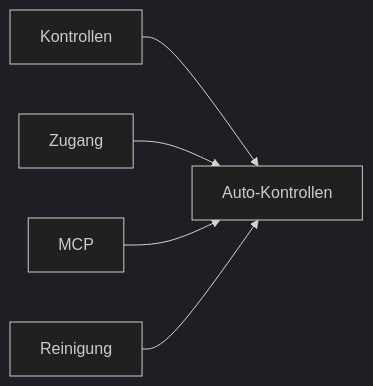
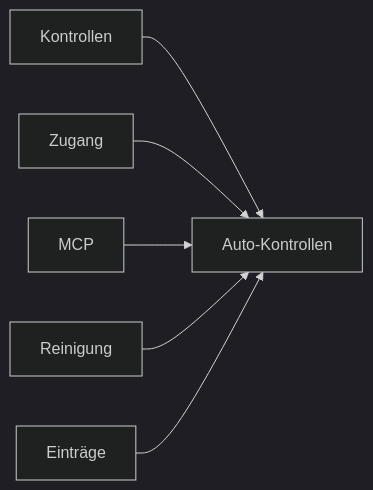
One commit to trublue-2/chastitytracker changed diagram 16 of 18 in docs/funktionsmodell/05-abhaengigkeiten.md. Above: the diagram before and after it, drawn with Mermaid (dark theme). The commit also changed other lines of this file and 26 other files, not shown here.

````diff
--- a/docs/funktionsmodell/05-abhaengigkeiten.md
+++ b/docs/funktionsmodell/05-abhaengigkeiten.md
@@ -652,8 +662,9 @@
 ```mermaid
 flowchart LR
   nAutoKontrollen["Auto-Kontrollen"]
   nKontrollen["Kontrollen"] --> nAutoKontrollen
   nZugang["Zugang"] --> nAutoKontrollen
   nMCP["MCP"] --> nAutoKontrollen
   nReinigung["Reinigung"] --> nAutoKontrollen
+  nEintrge["Einträge"] --> nAutoKontrollen
 ```
````
